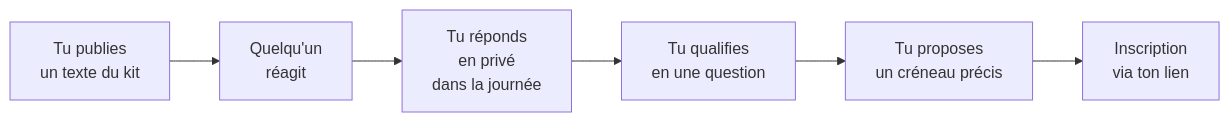
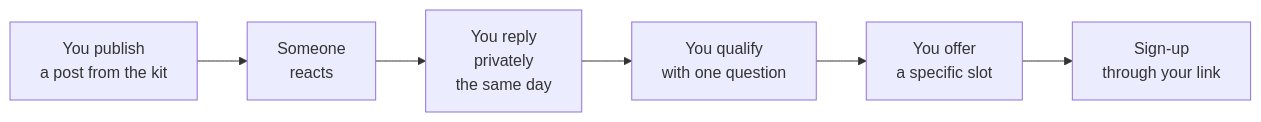
One commit to jamalfernandes/docs changed the diagram in index.mdx. Above: the diagram before and after it, drawn with Mermaid. The commit also changed other lines of this file and 9 other files, not shown here.

````diff
--- a/index.mdx
+++ b/index.mdx
@@ -79,8 +84,8 @@
 ```mermaid
 flowchart LR
-  A[Tu publies<br/>un texte du kit] --> B[Quelqu'un<br/>réagit]
-  B --> C[Tu réponds<br/>en privé<br/>dans la journée]
-  C --> D[Tu qualifies<br/>en une question]
-  D --> E[Tu proposes<br/>un créneau précis]
-  E --> F[Inscription<br/>via ton lien]
+  A[You publish<br/>a post from the kit] --> B[Someone<br/>reacts]
+  B --> C[You reply<br/>privately<br/>the same day]
+  C --> D[You qualify<br/>with one question]
+  D --> E[You offer<br/>a specific slot]
+  E --> F[Sign-up<br/>through your link]
 ```
````
